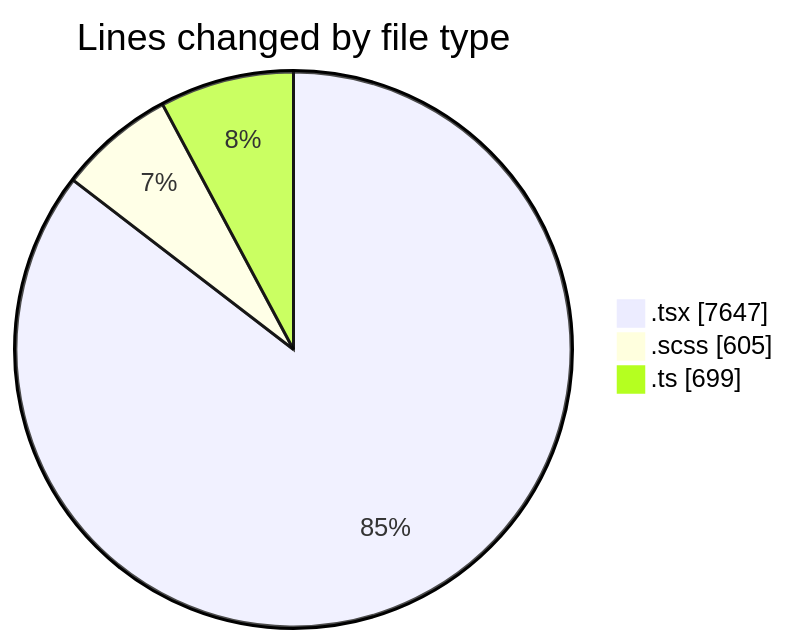
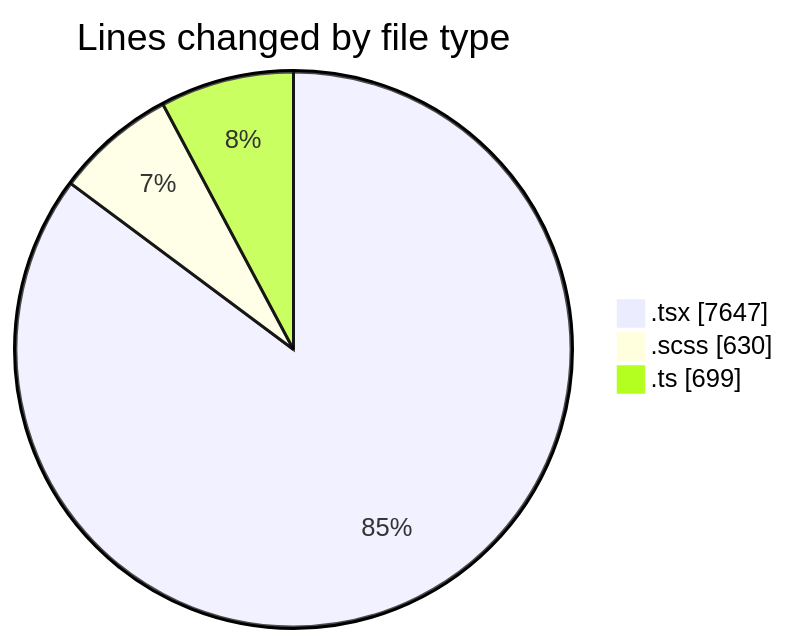
Before and after one commit to momahboobian/code-tracking: the first of 2 diagrams in 2025-07-03/cda/README.md, drawn with Mermaid. The commit also changed other lines of this file and 1 other file, not shown here.

````diff
--- a/2025-07-03/cda/README.md
+++ b/2025-07-03/cda/README.md
@@ -48,7 +48,7 @@
 ```mermaid
 pie showData
 title Lines changed by file type
 ".tsx" : 7647
-".scss" : 605
+".scss" : 630
 ".ts" : 699
 ```
````
